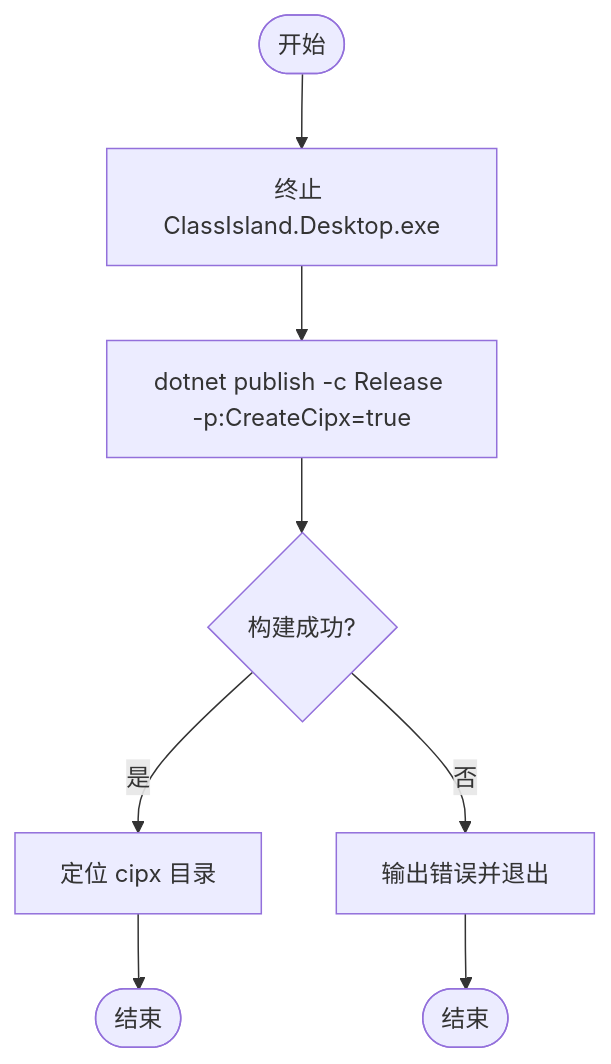
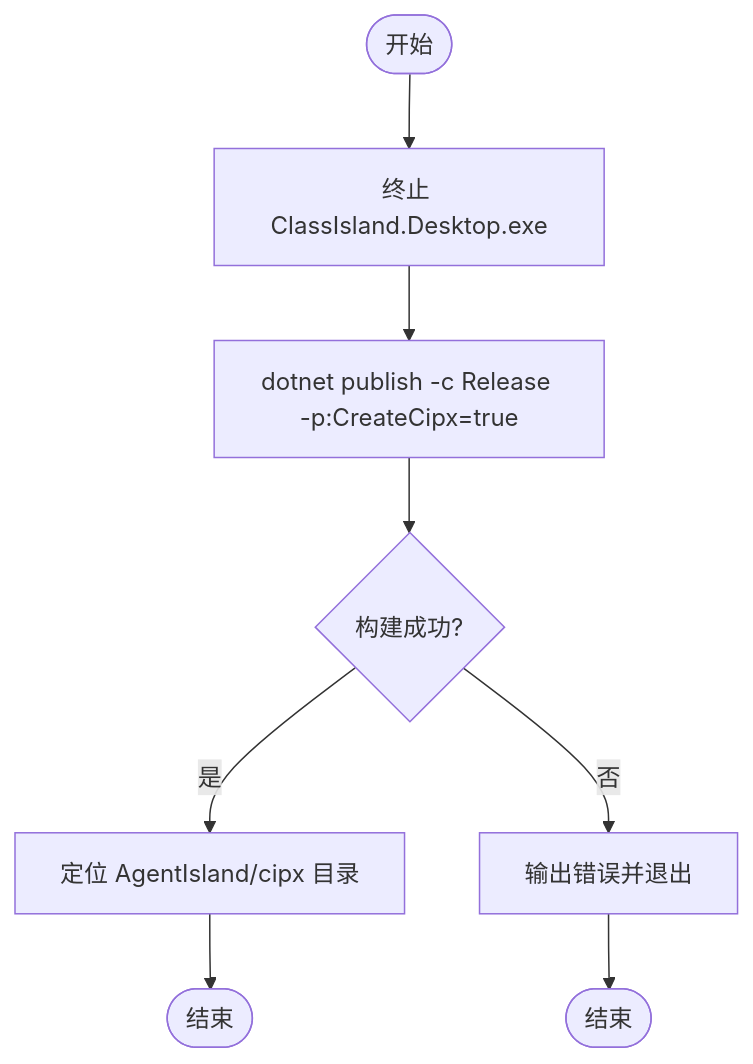
Before and after one commit to ShihaoShenDev/AgentIsland: the third of 4 diagrams in .qoder/repowiki/zh/content/开发指南/构建与发布.md, drawn with Mermaid. The commit also changed other lines of this file and 31 other files, not shown here.

````diff
--- a/.qoder/repowiki/zh/content/开发指南/构建与发布.md
+++ b/.qoder/repowiki/zh/content/开发指南/构建与发布.md
@@ -124,10 +146,10 @@
 ```mermaid
 flowchart TD
 Start(["开始"]) --> Kill["终止 ClassIsland.Desktop.exe"]
 Kill --> Publish["dotnet publish -c Release -p:CreateCipx=true"]
 Publish --> Success{"构建成功?"}
-Success --> |是| Locate["定位 cipx 目录"]
+Success --> |是| Locate["定位 AgentIsland/cipx 目录"]
 Success --> |否| Fail["输出错误并退出"]
 Locate --> Done(["结束"])
 Fail --> End(["结束"])
 ```
````
